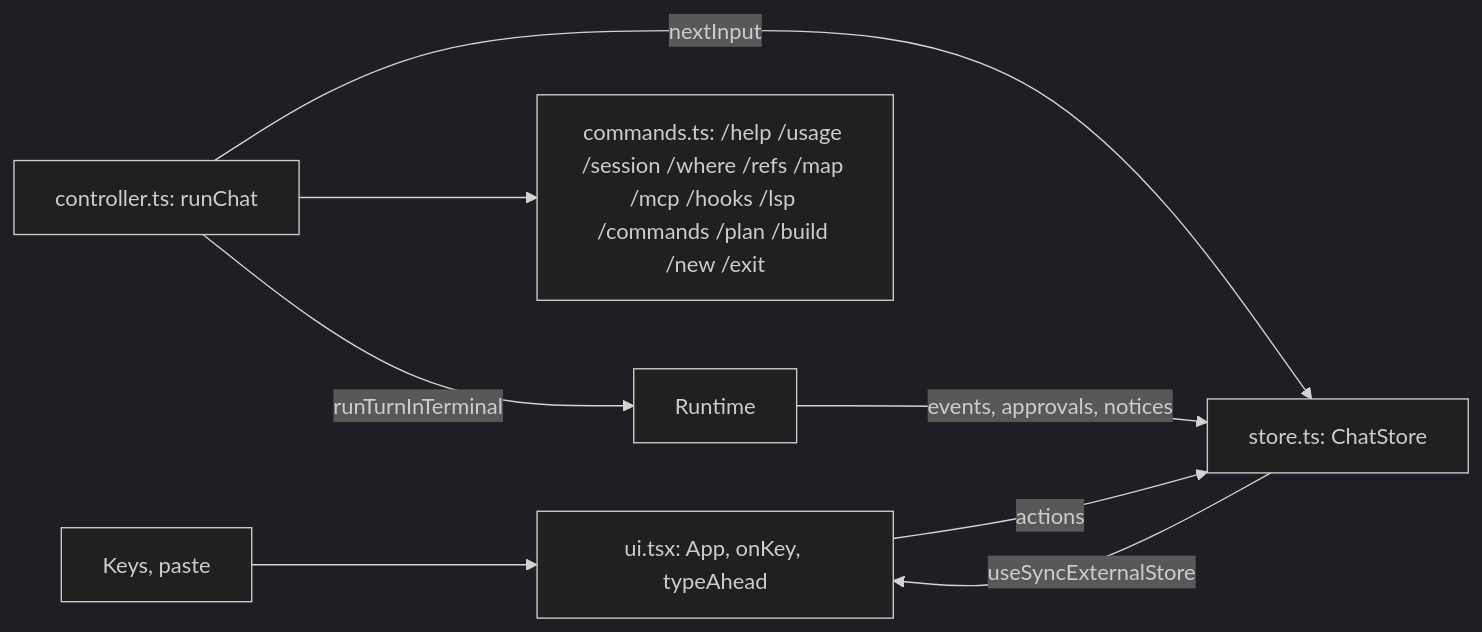
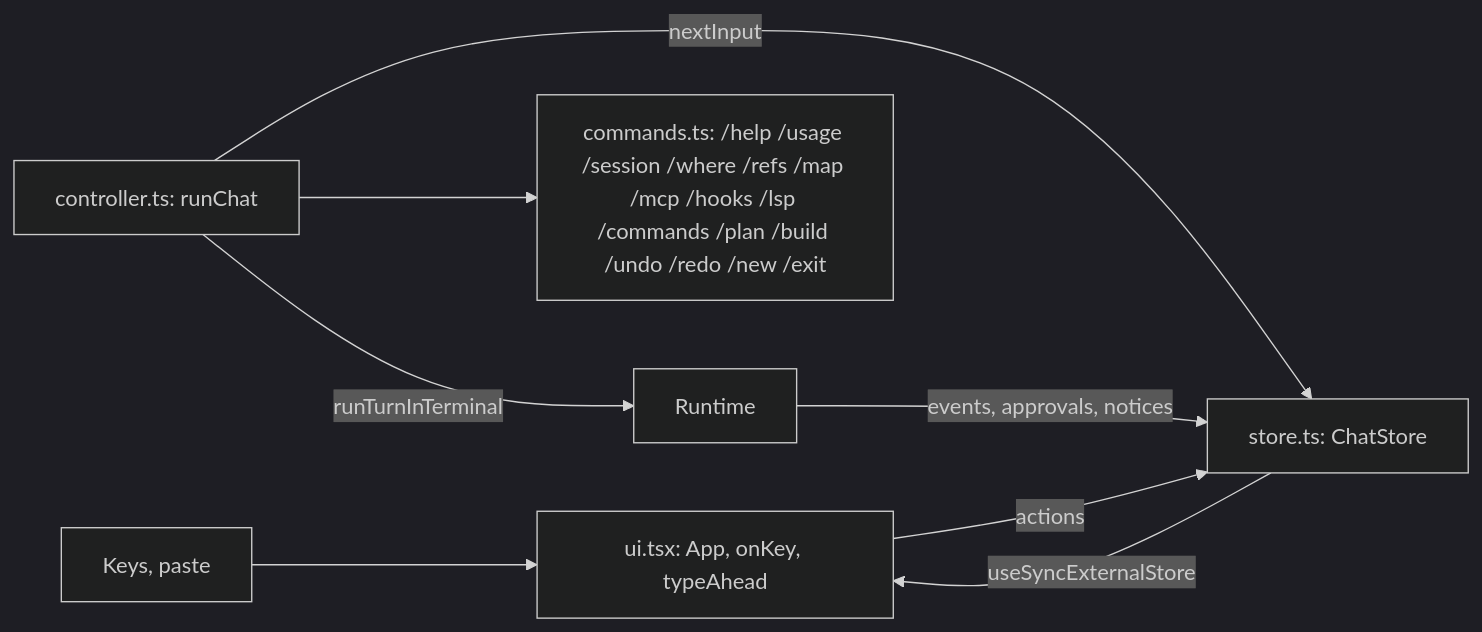
Before and after one commit to madhu-sv/garuda: the diagram in docs/lld/cli.md, drawn with Mermaid (dark theme). The commit also changed other lines of this file and 22 other files, not shown here.

First line of the commit message:
0.4: undo and redo with snapshots

````diff
--- a/docs/lld/cli.md
+++ b/docs/lld/cli.md
@@ -67,10 +67,10 @@
 ```mermaid
 flowchart LR
   keys[Keys, paste] --> ui[ui.tsx: App, onKey, typeAhead]
   ui -->|actions| store[store.ts: ChatStore]
   store -->|useSyncExternalStore| ui
   ctrl[controller.ts: runChat] -->|nextInput| store
-  ctrl --> cmds[commands.ts: /help /usage /session /where /refs /map /mcp /hooks /lsp /commands /plan /build /new /exit]
+  ctrl --> cmds[commands.ts: /help /usage /session /where /refs /map /mcp /hooks /lsp /commands /plan /build /undo /redo /new /exit]
   ctrl -->|runTurnInTerminal| rt[Runtime]
   rt -->|events, approvals, notices| store
 ```
````
